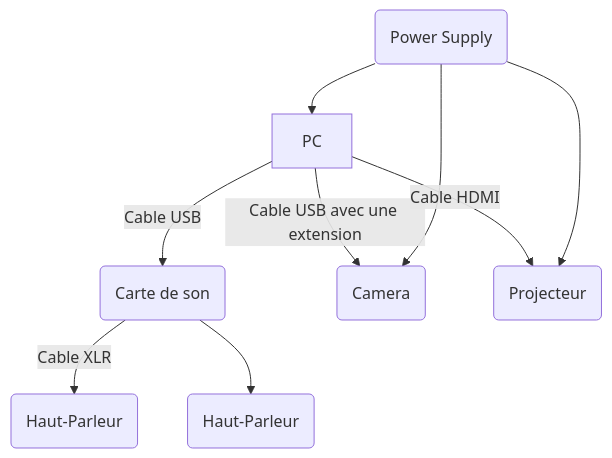
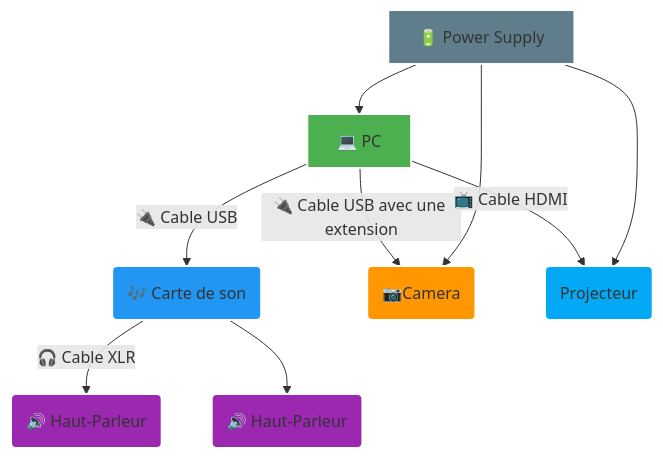
The second of 2 diagrams in 30_production/30_synoptique/README.md (Ethereal-Creators/Etheria), drawn with Mermaid before and after one commit.

````diff
--- a/30_production/30_synoptique/README.md
+++ b/30_production/30_synoptique/README.md
@@ -62,11 +62,24 @@
 ```mermaid
 flowchart TD
-    A[PC] -->|Cable USB| B(Carte de son)
-    A --> |Cable USB avec une extension| C(Camera)
-    B--> |Cable XLR| D(Haut-Parleur)
-    B--> E(Haut-Parleur)
-   A--> |Cable HDMI|F(Projecteur)
-   G(Power Supply)-->A 
-   G-->F
-    G-->C
+    A[💻 PC] -->|🔌 Cable USB| B(🎶 Carte de son)
+    A -->|🔌 Cable USB avec une extension| C(📷Camera)
+    B -->|🎧 Cable XLR| D(🔊 Haut-Parleur)
+    B --> E(🔊 Haut-Parleur)
+    A -->|📺 Cable HDMI| F(Projecteur)
+    G[🔋 Power Supply] --> A
+    G --> F
+    G --> C
+
+    %% Styling
+    style A fill:#4CAF50,stroke:#ffffff,stroke-width:2px
+    style B fill:#2196F3,stroke:#ffffff,stroke-width:2px
+    style C fill:#FF9800,stroke:#ffffff,stroke-width:2px
+    style D fill:#9C27B0,stroke:#ffffff,stroke-width:2px
+    style E fill:#9C27B0,stroke:#ffffff,stroke-width:2px
+    style F fill:#03A9F4,stroke:#ffffff,stroke-width:2px
+    style G fill:#607D8B,stroke:#ffffff,stroke-width:2px
+
+    classDef centralNode fill:#4CAF50,stroke:#ffffff,stroke-width:2px;
+    class A centralNode;
+    class B,E,D centralNode;
 ```
````
